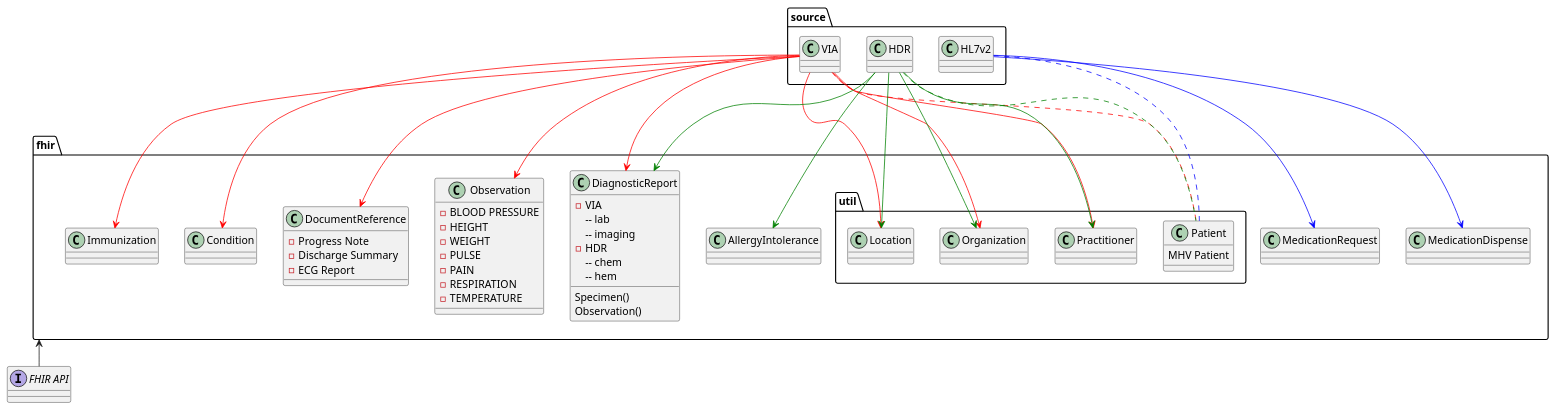
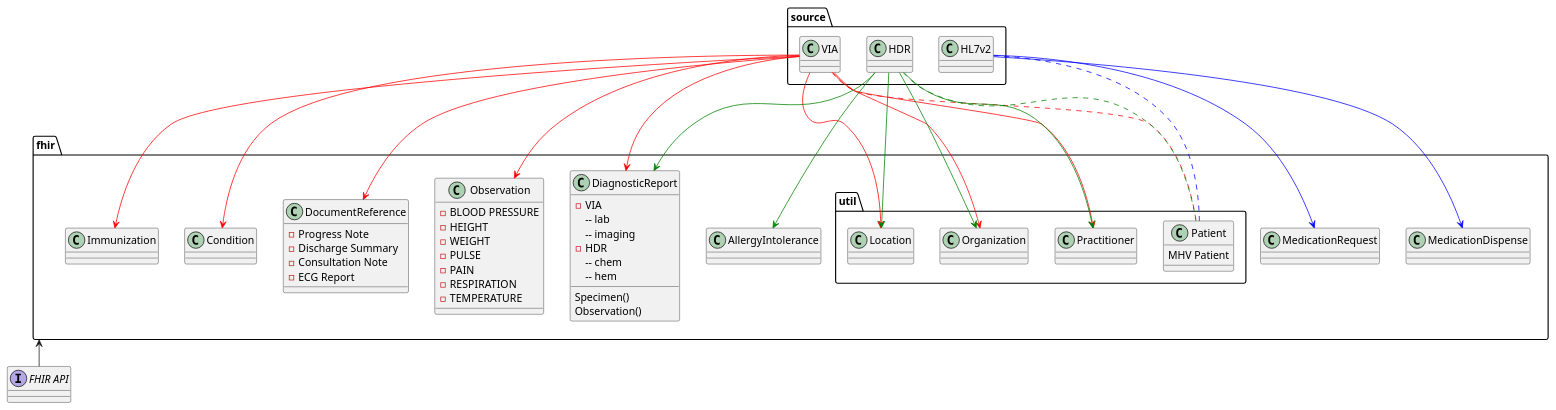
Before and after one commit to department-of-veterans-affairs/mhv-fhir-phr-mapping: the diagram in input/images-source/data-flow.plantuml, drawn with PlantUML. The commit also changed 9 other files, not shown here.

```diff
--- a/input/images-source/data-flow.plantuml
+++ b/input/images-source/data-flow.plantuml
@@ -1,76 +1,77 @@
 @startuml
 skinparam svgDimensionStyle false
 
 package source {
     class source.HDR
     class source.VIA
     class source.HL7v2
 }
 
 package fhir {
     package util {
         class fhir.util.Patient {
 MHV Patient 
              }
         class fhir.util.Practitioner
         class fhir.util.Location
         class fhir.util.Organization
     }
     class fhir.AllergyIntolerance
     class fhir.Immunization
     class fhir.Condition
     class fhir.DiagnosticReport {
         - VIA
         -- lab
         -- imaging
         - HDR
         -- chem 
         -- hem 
         Specimen()
         Observation()
     }
     class fhir.DocumentReference {
         - Progress Note 
         - Discharge Summary
+        - Consultation Note
         - ECG Report
     }
     class fhir.Observation {
         - BLOOD PRESSURE 
         - HEIGHT
         - WEIGHT
         - PULSE 
         - PAIN 
         - RESPIRATION 
         - TEMPERATURE 
     }
     class fhir.MedicationRequest
     class fhir.MedicationDispense
 }
 
 source.HL7v2 -[#blue]down-> fhir.MedicationRequest
 source.HL7v2 -[#blue]down-> fhir.MedicationDispense
 source.HL7v2 ..[#blue]down. fhir.util.Patient
 
 source.VIA ..[#red]down. fhir.util.Patient
 source.VIA -[#red]down-> fhir.util.Practitioner
 source.VIA -[#red]down-> fhir.util.Location
 source.VIA -[#red]down-> fhir.util.Organization
 source.VIA -[#red]down-> fhir.Observation
 source.VIA -[#red]down-> fhir.DiagnosticReport
 
 source.VIA -[#red]down-> fhir.Condition
 source.VIA -[#red]down-> fhir.DocumentReference
 source.VIA -[#red]down-> fhir.Immunization
 
 source.HDR -[#green]down-> fhir.DiagnosticReport
 source.HDR -[#green]down-> fhir.AllergyIntolerance
 
 source.HDR ..[#green]down. fhir.util.Patient
 source.HDR -[#green]down-> fhir.util.Practitioner
 source.HDR -[#green]down-> fhir.util.Location
 source.HDR -[#green]down-> fhir.util.Organization
 
 interface "FHIR API" as API 
 API -up-> fhir
 
 @enduml
```
